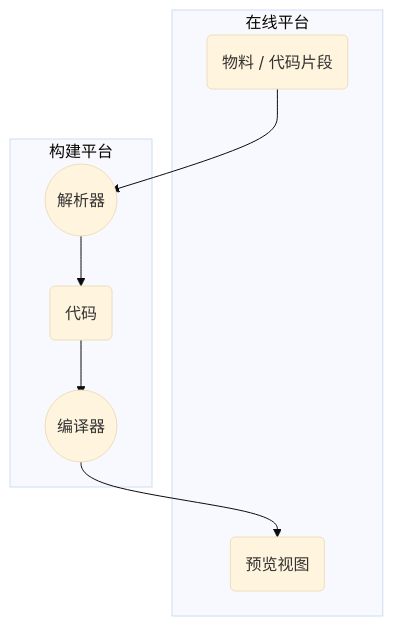
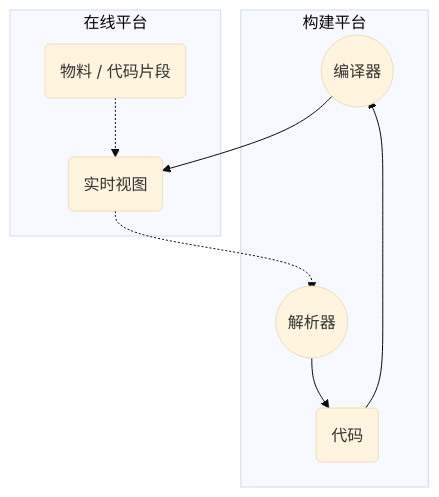
Before and after one commit to SpencerYang148/web-knowledge: the second of 2 diagrams in 工程化/低代码/实现思路/初步思路.md, drawn with Mermaid (base theme). The commit also changed other lines of this file, not shown here.

````diff
--- a/工程化/低代码/实现思路/初步思路.md
+++ b/工程化/低代码/实现思路/初步思路.md
@@ -12,17 +29,18 @@
 ```mermaid
 flowchart TB
 subgraph 构建平台
 A(代码)
 1((编译器)):::processor
 2((解析器)):::processor
 A --> 1
 2 --> A
 end
 subgraph 在线平台
-B(预览视图)
+B(实时视图)
 C(物料 / 代码片段)
-C --> 2
+C -.-> B
+B -.->2
+1 --> B
 end
-1 --> B
 classDef processor r:36px;
 ```
````
